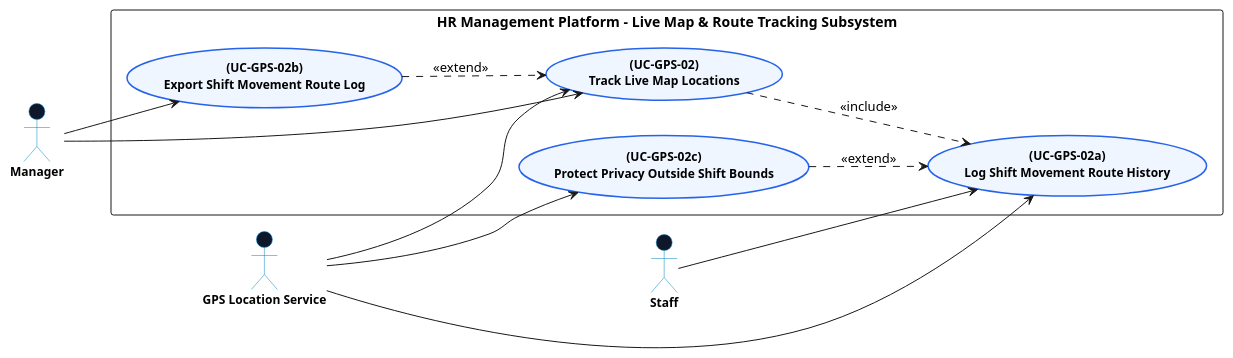
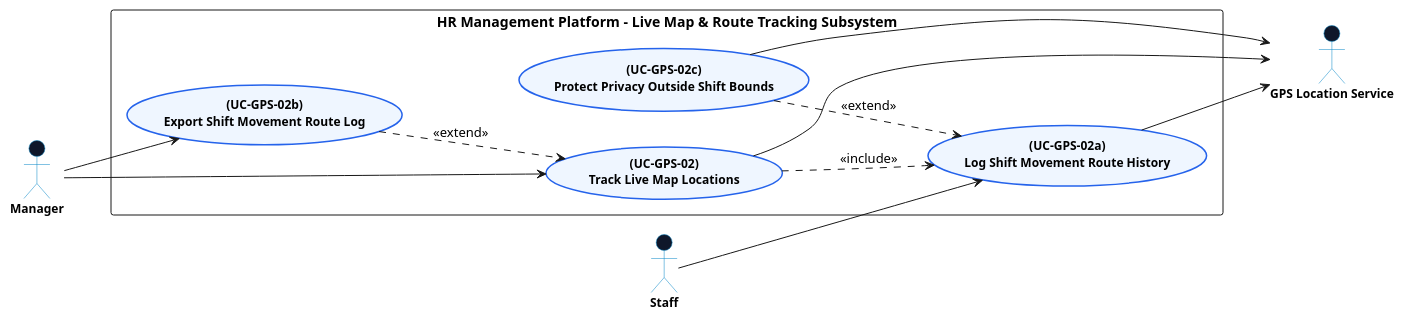
The diagram in docs/usecase_diagram/gps_attendance/LiveMapTrackingDiagram.md (Dikhang1112/Monitoring_HR), drawn with PlantUML before and after one commit. The commit also changed other lines of this file and 17 other files, not shown here.

Commit message:
Usecase diagram of payroll

````diff
--- a/docs/usecase_diagram/gps_attendance/LiveMapTrackingDiagram.md
+++ b/docs/usecase_diagram/gps_attendance/LiveMapTrackingDiagram.md
@@ -9,64 +9,70 @@
 ```plantuml
 @startuml
 left to right direction
 skinparam packageStyle rectangle
 skinparam backgroundColor #ffffff
 skinparam shadowing false
 skinparam actorStyle stickman
 
 skinparam usecase {
   BackgroundColor #EFF6FF
   BorderColor #2563EB
   BorderThickness 1.5
   FontSize 12
   FontStyle bold
   FontName "Segoe UI"
 }
 
 skinparam actor {
   BackgroundColor #0F172A
   BorderColor #0284C7
   FontSize 12
   FontStyle bold
   FontName "Segoe UI"
 }
 
 ' =====================================================
-' ACTORS
+' PRIMARY ACTORS (LEFT SIDE)
 ' =====================================================
 actor "Manager" as MGR
 actor "Staff" as EMP
-actor "GPS Location Service" as GPS_SVC
 
 ' =====================================================
-' SYSTEM BOUNDARY & USE CASES
+' SYSTEM BOUNDARY & USE CASES (CENTER)
 ' =====================================================
 rectangle "HR Management Platform - Live Map & Route Tracking Subsystem" {
     
     usecase "(UC-GPS-02)\nTrack Live Map Locations" as UC_GPS02
     usecase "(UC-GPS-02a)\nLog Shift Movement Route History" as UC_GPS02A
     usecase "(UC-GPS-02b)\nExport Shift Movement Route Log" as UC_GPS02B
     usecase "(UC-GPS-02c)\nProtect Privacy Outside Shift Bounds" as UC_GPS02C
 }
 
 ' =====================================================
+' SECONDARY ACTORS (RIGHT SIDE)
+' =====================================================
+actor "GPS Location Service" as GPS_SVC
+
+' =====================================================
 ' ACTOR CONNECTIONS
 ' =====================================================
+' Left Actors to Use Cases
 MGR --> UC_GPS02
 MGR --> UC_GPS02B
 
 EMP --> UC_GPS02A
 
-GPS_SVC --> UC_GPS02
-GPS_SVC --> UC_GPS02A
-GPS_SVC --> UC_GPS02C
+' Use Cases to Right Actors
+UC_GPS02 --> GPS_SVC
+UC_GPS02A --> GPS_SVC
+UC_GPS02C --> GPS_SVC
 
 ' =====================================================
 ' INCLUDE & EXTEND RELATIONSHIPS
 ' =====================================================
 UC_GPS02 ..> UC_GPS02A : <<include>>
 UC_GPS02B ..> UC_GPS02 : <<extend>>
 UC_GPS02C ..> UC_GPS02A : <<extend>>
 
 @enduml
 ```
````
